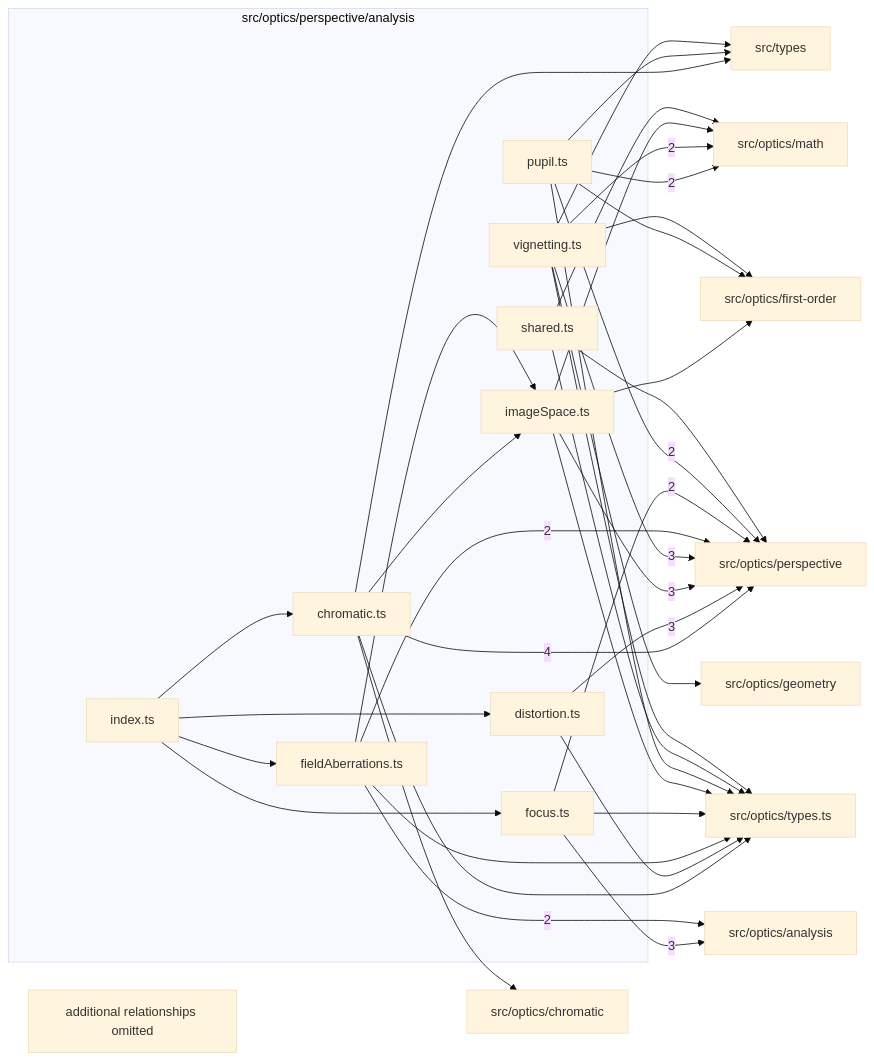
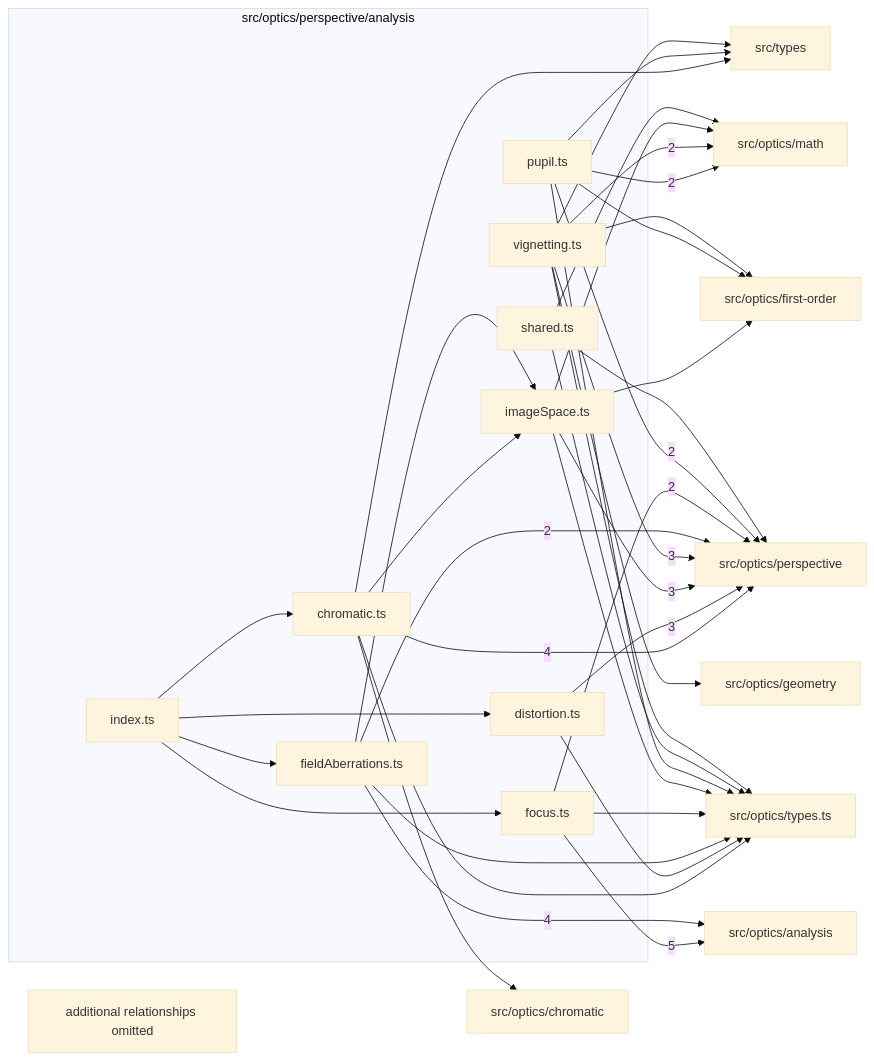
One commit to ronbuening/LensVisualizer changed the diagram in src/optics/perspective/analysis/readme.md. Above: the diagram before and after it, drawn with Mermaid (base theme). The commit also changed other lines of this file and 20 other files, not shown here.

Commit message:
S7.P3.T1 Perspective focus and field aberrations on AnalysisRequest

````diff
--- a/src/optics/perspective/analysis/readme.md
+++ b/src/optics/perspective/analysis/readme.md
@@ -9,59 +9,59 @@
 ```mermaid
 flowchart LR
   subgraph n_src_optics_perspective_analysis["src/optics/perspective/analysis"]
     n_src_optics_perspective_analysis_src_optics_perspective_analysis_chromatic_ts["chromatic.ts"]
     n_src_optics_perspective_analysis_src_optics_perspective_analysis_distortion_ts["distortion.ts"]
     n_src_optics_perspective_analysis_src_optics_perspective_analysis_fieldAberrations_ts["fieldAberrations.ts"]
     n_src_optics_perspective_analysis_src_optics_perspective_analysis_focus_ts["focus.ts"]
     n_src_optics_perspective_analysis_src_optics_perspective_analysis_imageSpace_ts["imageSpace.ts"]
     n_src_optics_perspective_analysis_src_optics_perspective_analysis_index_ts["index.ts"]
     n_src_optics_perspective_analysis_src_optics_perspective_analysis_pupil_ts["pupil.ts"]
     n_src_optics_perspective_analysis_src_optics_perspective_analysis_shared_ts["shared.ts"]
     n_src_optics_perspective_analysis_src_optics_perspective_analysis_vignetting_ts["vignetting.ts"]
   end
+  n_external_src_optics_analysis["src/optics/analysis"]
   n_external_src_optics_perspective["src/optics/perspective"]
-  n_external_src_optics_analysis["src/optics/analysis"]
   n_external_src_optics_math["src/optics/math"]
   n_external_src_optics_chromatic["src/optics/chromatic"]
   n_external_src_optics_first_order["src/optics/first-order"]
   n_external_src_optics_geometry["src/optics/geometry"]
   n_external_src_optics_types_ts["src/optics/types.ts"]
   n_external_src_types["src/types"]
+  n_src_optics_perspective_analysis_src_optics_perspective_analysis_focus_ts --> |5| n_external_src_optics_analysis
+  n_src_optics_perspective_analysis_src_optics_perspective_analysis_fieldAberrations_ts --> |4| n_external_src_optics_analysis
   n_src_optics_perspective_analysis_src_optics_perspective_analysis_chromatic_ts --> |4| n_external_src_optics_perspective
-  n_src_optics_perspective_analysis_src_optics_perspective_analysis_focus_ts --> |3| n_external_src_optics_analysis
   n_src_optics_perspective_analysis_src_optics_perspective_analysis_distortion_ts --> |3| n_external_src_optics_perspective
   n_src_optics_perspective_analysis_src_optics_perspective_analysis_imageSpace_ts --> |3| n_external_src_optics_perspective
   n_src_optics_perspective_analysis_src_optics_perspective_analysis_vignetting_ts --> |3| n_external_src_optics_perspective
-  n_src_optics_perspective_analysis_src_optics_perspective_analysis_fieldAberrations_ts --> |2| n_external_src_optics_analysis
   n_src_optics_perspective_analysis_src_optics_perspective_analysis_pupil_ts --> |2| n_external_src_optics_math
   n_src_optics_perspective_analysis_src_optics_perspective_analysis_vignetting_ts --> |2| n_external_src_optics_math
   n_src_optics_perspective_analysis_src_optics_perspective_analysis_fieldAberrations_ts --> |2| n_external_src_optics_perspective
   n_src_optics_perspective_analysis_src_optics_perspective_analysis_focus_ts --> |2| n_external_src_optics_perspective
   n_src_optics_perspective_analysis_src_optics_perspective_analysis_pupil_ts --> |2| n_external_src_optics_perspective
   n_src_optics_perspective_analysis_src_optics_perspective_analysis_chromatic_ts --> n_external_src_optics_chromatic
   n_src_optics_perspective_analysis_src_optics_perspective_analysis_imageSpace_ts --> n_external_src_optics_first_order
   n_src_optics_perspective_analysis_src_optics_perspective_analysis_pupil_ts --> n_external_src_optics_first_order
   n_src_optics_perspective_analysis_src_optics_perspective_analysis_vignetting_ts --> n_external_src_optics_first_order
   n_src_optics_perspective_analysis_src_optics_perspective_analysis_vignetting_ts --> n_external_src_optics_geometry
   n_src_optics_perspective_analysis_src_optics_perspective_analysis_imageSpace_ts --> n_external_src_optics_math
   n_src_optics_perspective_analysis_src_optics_perspective_analysis_shared_ts --> n_external_src_optics_math
   n_src_optics_perspective_analysis_src_optics_perspective_analysis_shared_ts --> n_external_src_optics_perspective
   n_src_optics_perspective_analysis_src_optics_perspective_analysis_chromatic_ts --> n_external_src_optics_types_ts
   n_src_optics_perspective_analysis_src_optics_perspective_analysis_distortion_ts --> n_external_src_optics_types_ts
   n_src_optics_perspective_analysis_src_optics_perspective_analysis_fieldAberrations_ts --> n_external_src_optics_types_ts
   n_src_optics_perspective_analysis_src_optics_perspective_analysis_focus_ts --> n_external_src_optics_types_ts
   n_src_optics_perspective_analysis_src_optics_perspective_analysis_imageSpace_ts --> n_external_src_optics_types_ts
   n_src_optics_perspective_analysis_src_optics_perspective_analysis_pupil_ts --> n_external_src_optics_types_ts
   n_src_optics_perspective_analysis_src_optics_perspective_analysis_shared_ts --> n_external_src_optics_types_ts
   n_src_optics_perspective_analysis_src_optics_perspective_analysis_vignetting_ts --> n_external_src_optics_types_ts
   n_src_optics_perspective_analysis_src_optics_perspective_analysis_chromatic_ts --> n_external_src_types
   n_src_optics_perspective_analysis_src_optics_perspective_analysis_pupil_ts --> n_external_src_types
   n_src_optics_perspective_analysis_src_optics_perspective_analysis_vignetting_ts --> n_external_src_types
   n_src_optics_perspective_analysis_src_optics_perspective_analysis_index_ts --> n_src_optics_perspective_analysis_src_optics_perspective_analysis_chromatic_ts
   n_src_optics_perspective_analysis_src_optics_perspective_analysis_index_ts --> n_src_optics_perspective_analysis_src_optics_perspective_analysis_distortion_ts
   n_src_optics_perspective_analysis_src_optics_perspective_analysis_index_ts --> n_src_optics_perspective_analysis_src_optics_perspective_analysis_fieldAberrations_ts
   n_src_optics_perspective_analysis_src_optics_perspective_analysis_index_ts --> n_src_optics_perspective_analysis_src_optics_perspective_analysis_focus_ts
   n_src_optics_perspective_analysis_src_optics_perspective_analysis_chromatic_ts --> n_src_optics_perspective_analysis_src_optics_perspective_analysis_imageSpace_ts
   n_src_optics_perspective_analysis_src_optics_perspective_analysis_fieldAberrations_ts --> n_src_optics_perspective_analysis_src_optics_perspective_analysis_imageSpace_ts
   n_src_optics_perspective_analysis_truncated["additional relationships omitted"]
 ```
````
